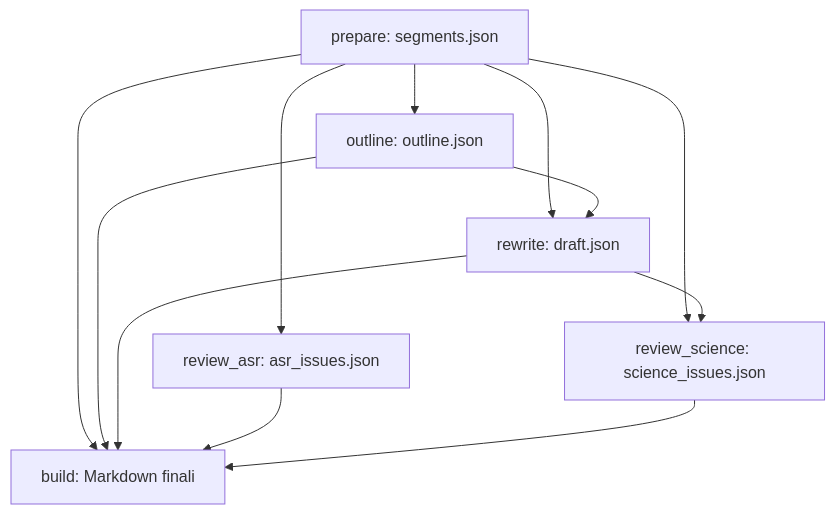
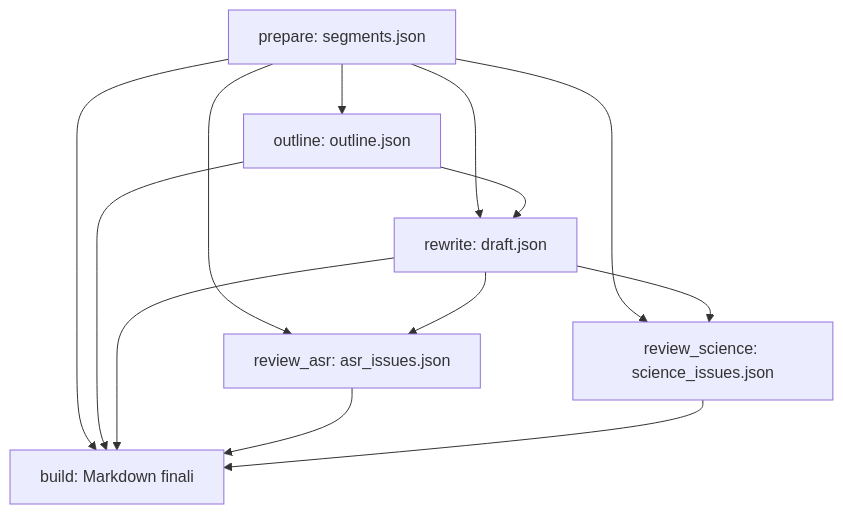
Before and after one commit to atturk/rt: the diagram in docs/ARCHITECTURE.md, drawn with Mermaid. The commit also changed other lines of this file and 3 other files, not shown here.

Commit message:
docs: allinea DAG review_asr al codice; rt: rimuove fallback deepseek hardcoded e alias morto

````diff
--- a/docs/ARCHITECTURE.md
+++ b/docs/ARCHITECTURE.md
@@ -178,14 +178,15 @@
 ```mermaid
 graph TD
     prepare[prepare: segments.json] --> outline[outline: outline.json]
     prepare --> rewrite[rewrite: draft.json]
     outline --> rewrite
     prepare --> review_asr[review_asr: asr_issues.json]
+    rewrite --> review_asr
     prepare --> review_science[review_science: science_issues.json]
     rewrite --> review_science
     prepare --> build[build: Markdown finali]
     outline --> build
     rewrite --> build
     review_asr --> build
     review_science --> build
 ```
````
